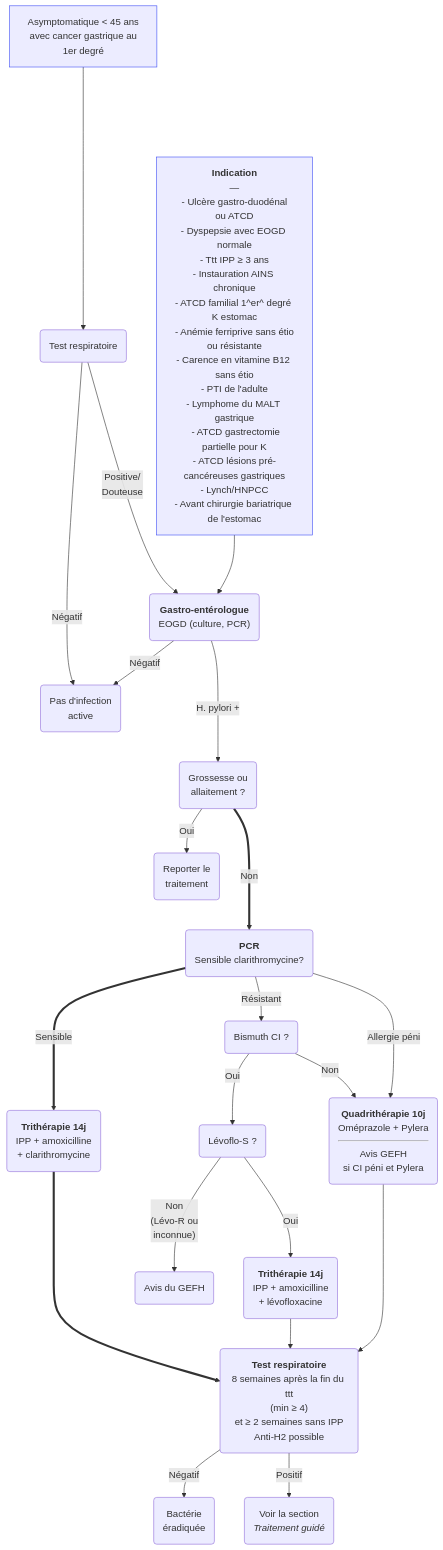
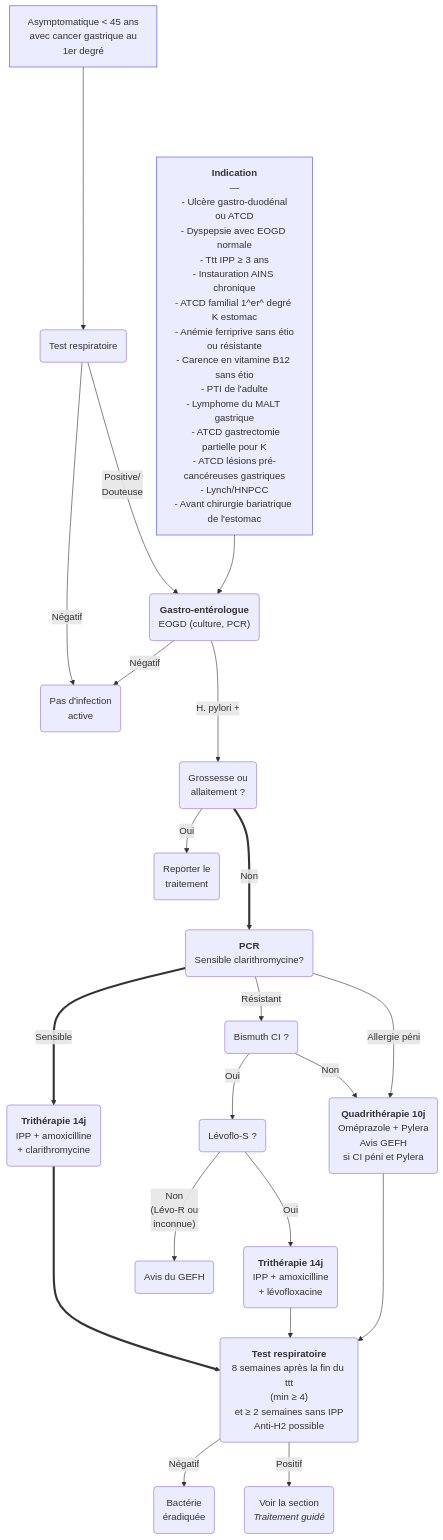
The second of 2 diagrams in content/recommandations/helicobacter-pylori.md (djibe/recommandations-medicales), drawn with Mermaid before and after one commit. The commit also changed 7 other files, not shown here.

```diff
--- a/content/recommandations/helicobacter-pylori.md
+++ b/content/recommandations/helicobacter-pylori.md
@@ -400,22 +400,22 @@
 {{< mermaid title="Prise en charge de l'infection à Helicobacter pylori guidée par antibiogramme. Dr JB Fron d'après GEFH 2026" >}}
 graph TB
   asymptomatique["Asymptomatique &lt; 45 ans<br>avec cancer gastrique au<br>1er degré"] ----> respi("Test respiratoire")
     respi -- Négatif --> indemne(Pas d'infection<br>active)
     respi -- "Positive/<br>Douteuse" --> gastro
   indication["<b>Indication</b><br>—<br> - Ulcère gastro-duodénal ou ATCD<br>- Dyspepsie avec EOGD normale<br>- Ttt IPP ≥ 3 ans<br>- Instauration AINS chronique<br>- ATCD familial 1^er^ degré K estomac<br>- Anémie ferriprive sans étio<br>ou résistante<br>- Carence en vitamine B12 sans étio<br>- PTI de l'adulte<br>- Lymphome du MALT gastrique<br>  - ATCD gastrectomie partielle pour K<br>- ATCD lésions pré-cancéreuses gastriques<br>- Lynch/HNPCC<br>- Avant chirurgie bariatrique de l'estomac"] --> gastro("<b>Gastro-entérologue</b><br>EOGD (culture, PCR)")
     gastro -- Négatif --> indemne
     gastro -- H. pylori + ---> grossesse("Grossesse ou<br>allaitement ?")
       grossesse == Non ===> antibiogramme("<b>PCR</b><br>Sensible clarithromycine?")
         antibiogramme == Sensible ==> triAmox("<b>Trithérapie 14j</b><br>IPP + amoxicilline<br>+ clarithromycine")
           triAmox ===> controle("<b>Test respiratoire</b><br>8 semaines après la fin du ttt<br>(min ≥ 4)<br>et ≥ 2 semaines sans IPP<br>Anti-H2 possible")
         antibiogramme -- Résistant --> bismuthCI("Bismuth CI ?")
           bismuthCI -- Oui --> levofloS(Lévoflo-S ?) -- Oui --> levoflo("<b>Trithérapie 14j</b><br>IPP + amoxicilline<br>+ lévofloxacine") --> controle
             levofloS -- "Non<br>(Lévo-R ou<br>inconnue)" --> RCP(Avis du GEFH)
-          bismuthCI -- Non --> bismuth1("<b>Quadrithérapie 10j</b><br>Oméprazole + Pylera<hr>Avis GEFH<br>si CI péni et Pylera") --> controle
+          bismuthCI -- Non --> bismuth1("<b>Quadrithérapie 10j</b><br>Oméprazole + Pylera<br>Avis GEFH<br>si CI péni et Pylera") --> controle
           controle -- Négatif --> ok(Bactérie<br>éradiquée)
           controle -- Positif --> autres("Voir la section<br><em>Traitement guidé</em>")
         antibiogramme -- Allergie péni --> bismuth1
       grossesse -- Oui --> reporter(Reporter le<br>traitement)
   style asymptomatique stroke:#4150f5, stroke-width:1px
   style indication stroke:#4150f5, stroke-width:1px
 {{< /mermaid >}}
```
